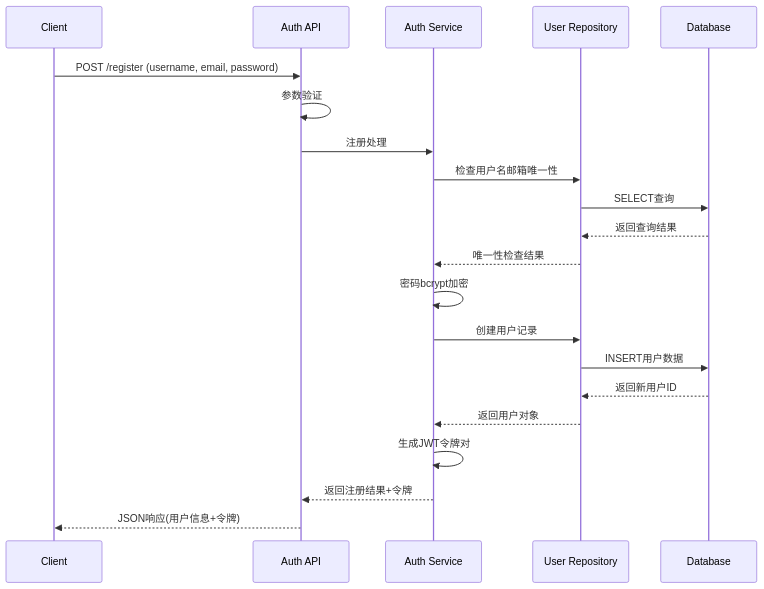
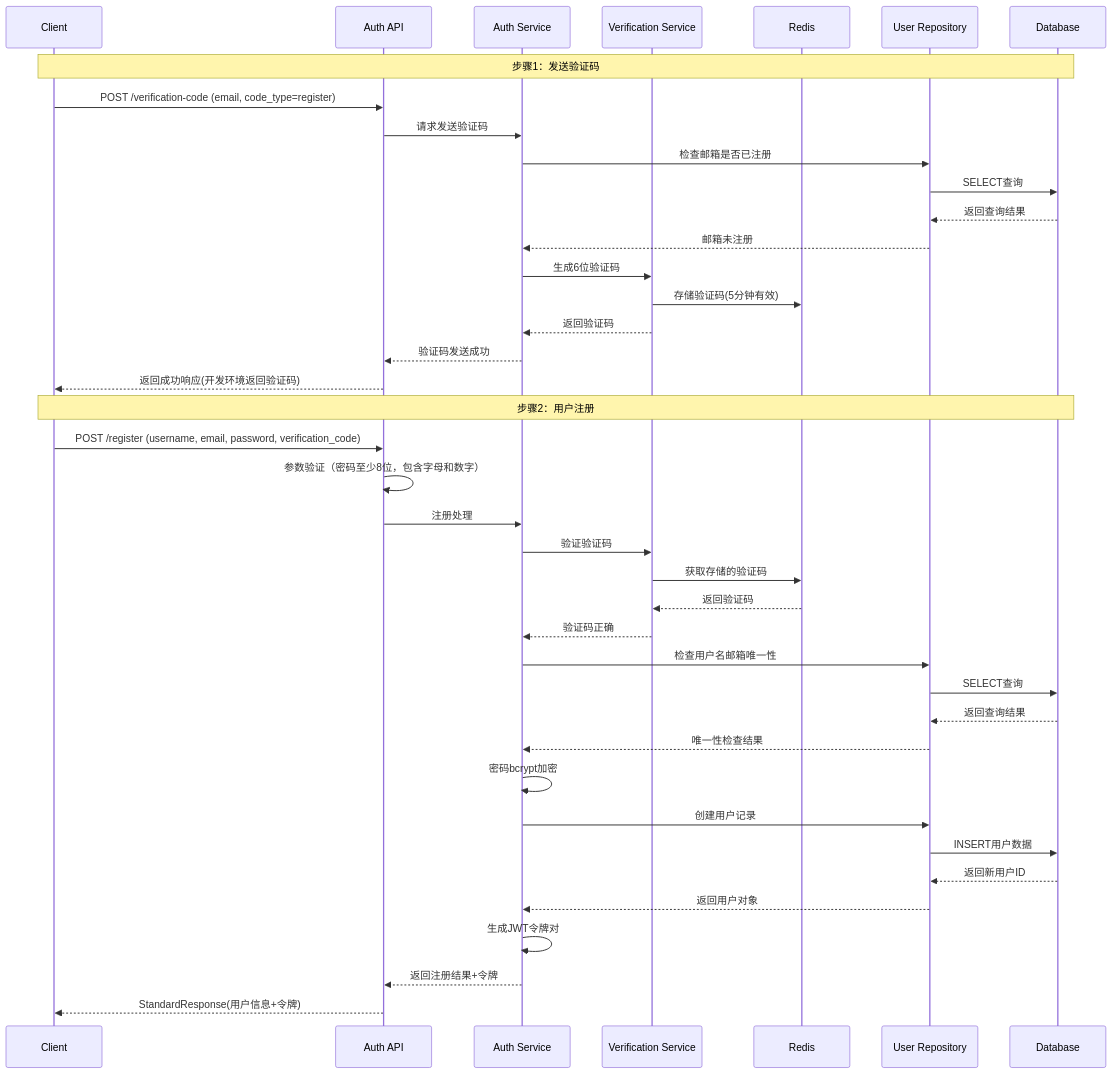
One commit to HaoranTong/ecommerce_platform changed the second of 5 diagrams in docs/design/modules/user-auth/design.md. Above: the diagram before and after it, drawn with Mermaid. The commit also changed other lines of this file and 13 other files, not shown here.

````diff
--- a/docs/design/modules/user-auth/design.md
+++ b/docs/design/modules/user-auth/design.md
@@ -263,24 +501,44 @@
 ```mermaid
 sequenceDiagram
     participant C as Client
     participant A as Auth API
     participant S as Auth Service
+    participant V as Verification Service
+    participant Cache as Redis
     participant R as User Repository
     participant D as Database
     
-    C->>A: POST /register (username, email, password)
-    A->>A: 参数验证
+    Note over C,D: 步骤1：发送验证码
+    C->>A: POST /verification-code (email, code_type=register)
+    A->>S: 请求发送验证码
+    S->>R: 检查邮箱是否已注册
+    R->>D: SELECT查询
+    D-->>R: 返回查询结果
+    R-->>S: 邮箱未注册
+    S->>V: 生成6位验证码
+    V->>Cache: 存储验证码(5分钟有效)
+    V-->>S: 返回验证码
+    S-->>A: 验证码发送成功
+    A-->>C: 返回成功响应(开发环境返回验证码)
+    
+    Note over C,D: 步骤2：用户注册
+    C->>A: POST /register (username, email, password, verification_code)
+    A->>A: 参数验证（密码至少8位，包含字母和数字）
     A->>S: 注册处理
+    S->>V: 验证验证码
+    V->>Cache: 获取存储的验证码
+    Cache-->>V: 返回验证码
+    V-->>S: 验证码正确
     S->>R: 检查用户名邮箱唯一性
     R->>D: SELECT查询
     D-->>R: 返回查询结果
     R-->>S: 唯一性检查结果
     S->>S: 密码bcrypt加密
     S->>R: 创建用户记录
     R->>D: INSERT用户数据
     D-->>R: 返回新用户ID
     R-->>S: 返回用户对象
     S->>S: 生成JWT令牌对
     S-->>A: 返回注册结果+令牌
-    A-->>C: JSON响应(用户信息+令牌)
+    A-->>C: StandardResponse(用户信息+令牌)
 ```
````
